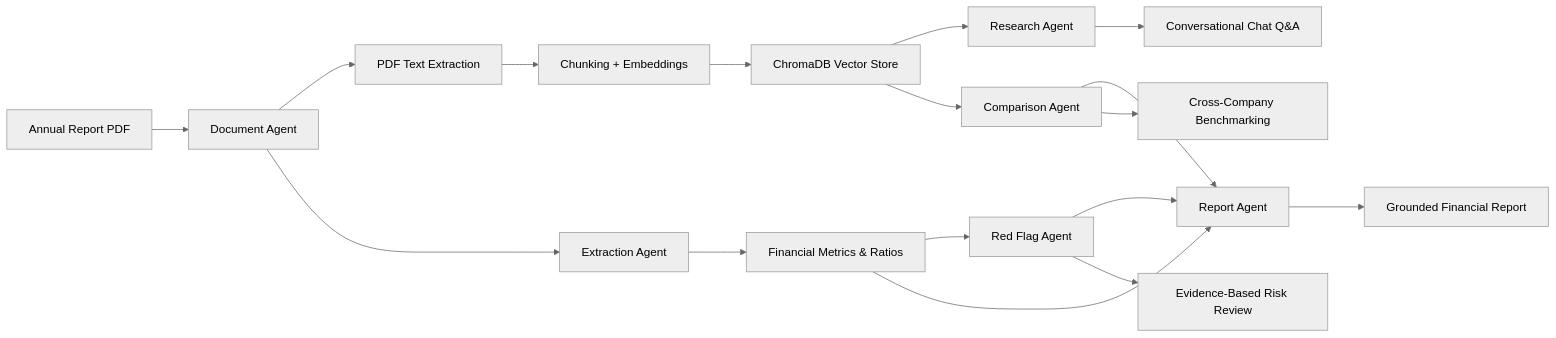
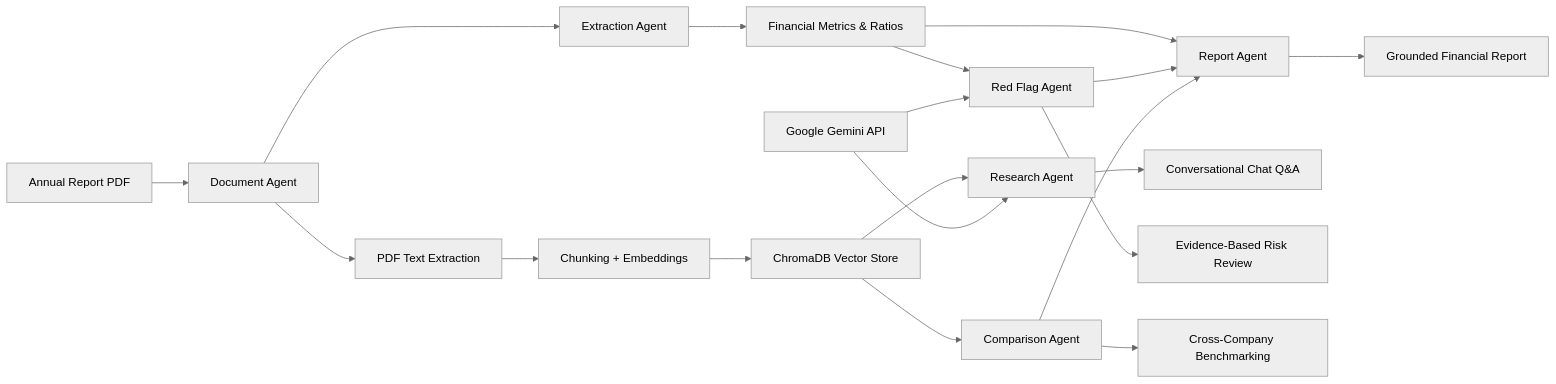
The diagram in README.md (Sp-4030/Financial_Multi_Agent), drawn with Mermaid (neutral theme) before and after one commit. The commit also changed other lines of this file, not shown here.

Commit message:
Update README.md with Google Gemini API configuration and setup instructions

````diff
--- a/README.md
+++ b/README.md
@@ -21,22 +21,25 @@
 ```mermaid
 flowchart LR
     A[Annual Report PDF] --> B[Document Agent]
     B --> C[PDF Text Extraction]
     C --> D[Chunking + Embeddings]
     D --> E[ChromaDB Vector Store]
 
     B --> G[Extraction Agent]
     G --> H[Financial Metrics & Ratios]
     H --> I[Red Flag Agent]
 
     E --> F[Research Agent]
     E --> M[Comparison Agent]
     H --> N[Report Agent]
     I --> N
     M --> N
 
     F --> J[Conversational Chat Q&A]
     I --> K[Evidence-Based Risk Review]
     M --> L[Cross-Company Benchmarking]
     N --> P[Grounded Financial Report]
+
+    Q[Google Gemini API] --> F
+    Q --> I
 ```
````
